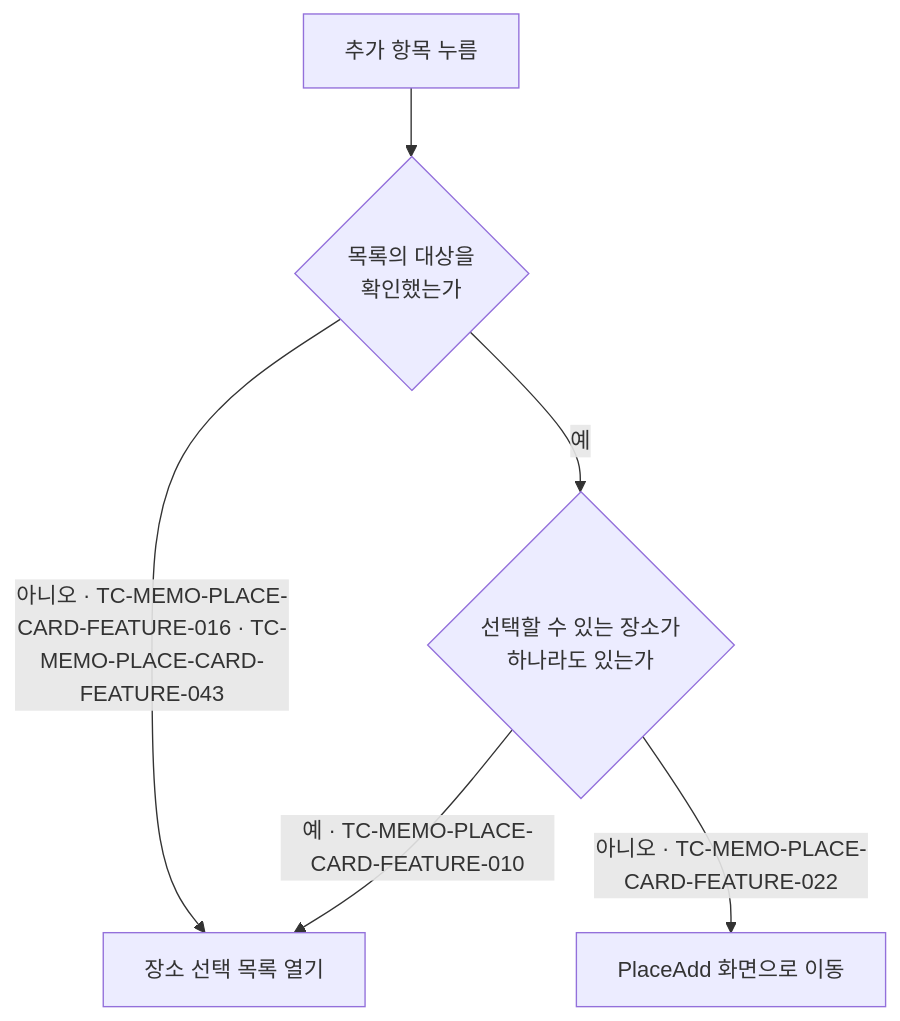
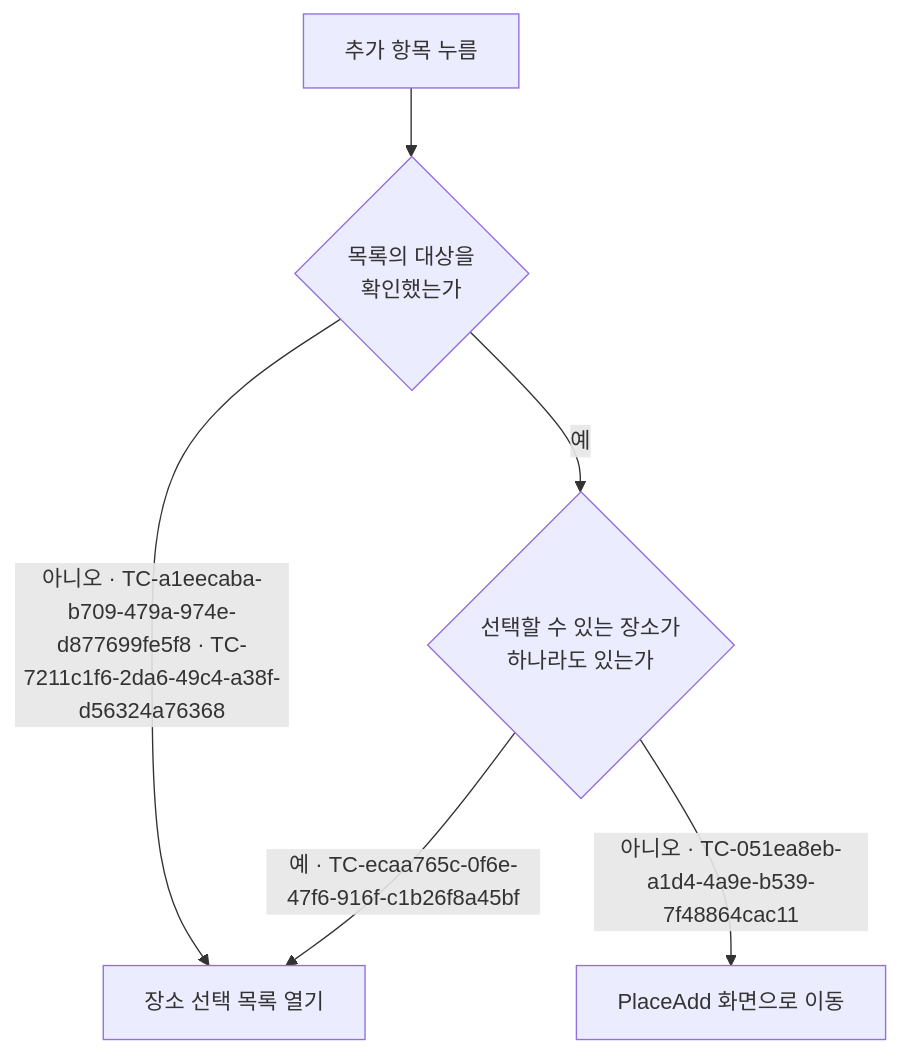
One commit to taetae98coding/DiaryKMP changed the diagram in docs/testcase/memo-place-card.md. Above: the diagram before and after it, drawn with Mermaid. The commit also changed other lines of this file and 1177 other files, not shown here.

````diff
--- a/docs/testcase/memo-place-card.md
+++ b/docs/testcase/memo-place-card.md
@@ -87,8 +87,8 @@
 ```mermaid
 flowchart TD
     Click["추가 항목 누름"] --> Ready{"목록의 대상을<br/>확인했는가"}
-    Ready -- "아니오 · TC-MEMO-PLACE-CARD-FEATURE-016 · TC-MEMO-PLACE-CARD-FEATURE-043" --> Open["장소 선택 목록 열기"]
+    Ready -- "아니오 · TC-a1eecaba-b709-479a-974e-d877699fe5f8 · TC-7211c1f6-2da6-49c4-a38f-d56324a76368" --> Open["장소 선택 목록 열기"]
     Ready -- 예 --> Any{"선택할 수 있는 장소가<br/>하나라도 있는가"}
-    Any -- "예 · TC-MEMO-PLACE-CARD-FEATURE-010" --> Open
-    Any -- "아니오 · TC-MEMO-PLACE-CARD-FEATURE-022" --> Move["PlaceAdd 화면으로 이동"]
+    Any -- "예 · TC-ecaa765c-0f6e-47f6-916f-c1b26f8a45bf" --> Open
+    Any -- "아니오 · TC-051ea8eb-a1d4-4a9e-b539-7f48864cac11" --> Move["PlaceAdd 화면으로 이동"]
 ```
````
